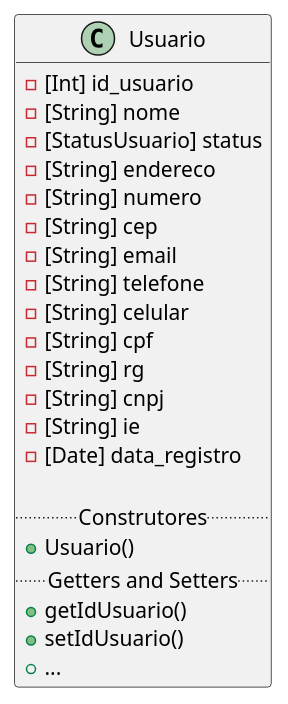
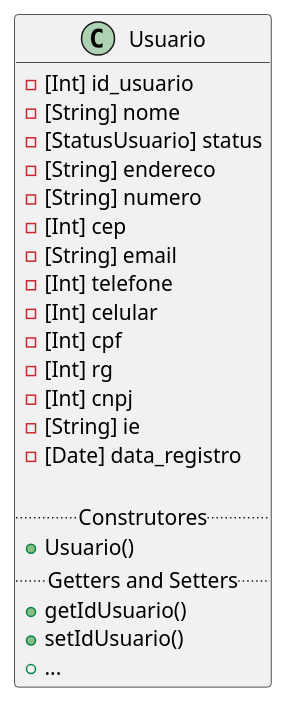
One commit to gutluana/Markab changed the diagram in Documentos/C4Model/Diagramas de Classe/Modelos/Usuario.puml. Above: the diagram before and after it, drawn with PlantUML. The commit also changed 11 other files, not shown here.

Commit message:
Massa de dados no arquivo import.sql, alteração no diagrama de classes, alteração na classe usuario e controller do usuario

```diff
--- a/Documentos/C4Model/Diagramas de Classe/Modelos/Usuario.puml
+++ b/Documentos/C4Model/Diagramas de Classe/Modelos/Usuario.puml
@@ -1,25 +1,25 @@
 @startuml
 class Usuario {
     -[Int] id_usuario
     -[String] nome
     -[StatusUsuario] status
     -[String] endereco
     -[String] numero
-    -[String] cep
+    -[Int] cep
     -[String] email
-    -[String] telefone
-    -[String] celular
-    -[String] cpf
-    -[String] rg
-    -[String] cnpj
+    -[Int] telefone
+    -[Int] celular
+    -[Int] cpf
+    -[Int] rg
+    -[Int] cnpj
     -[String] ie
     -[Date] data_registro
  
   .. Construtores ..
     +Usuario()
   .. Getters and Setters ..
     +getIdUsuario()
     +setIdUsuario()
     +...
 }
 @enduml
```
